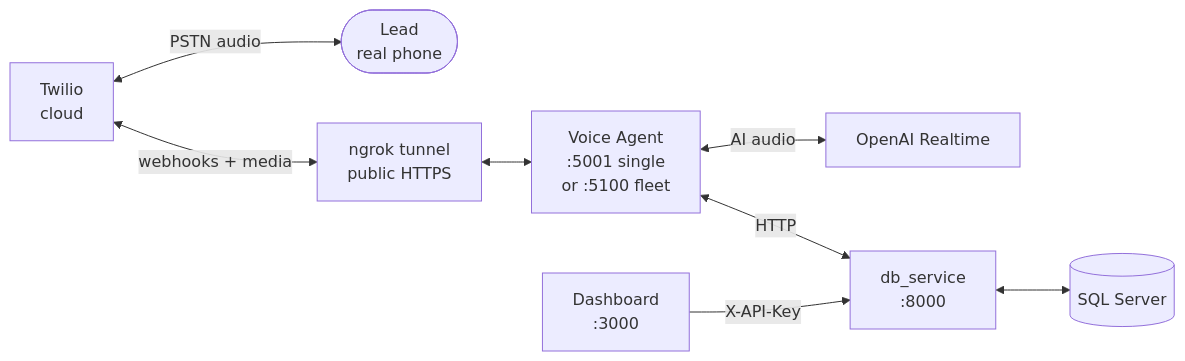
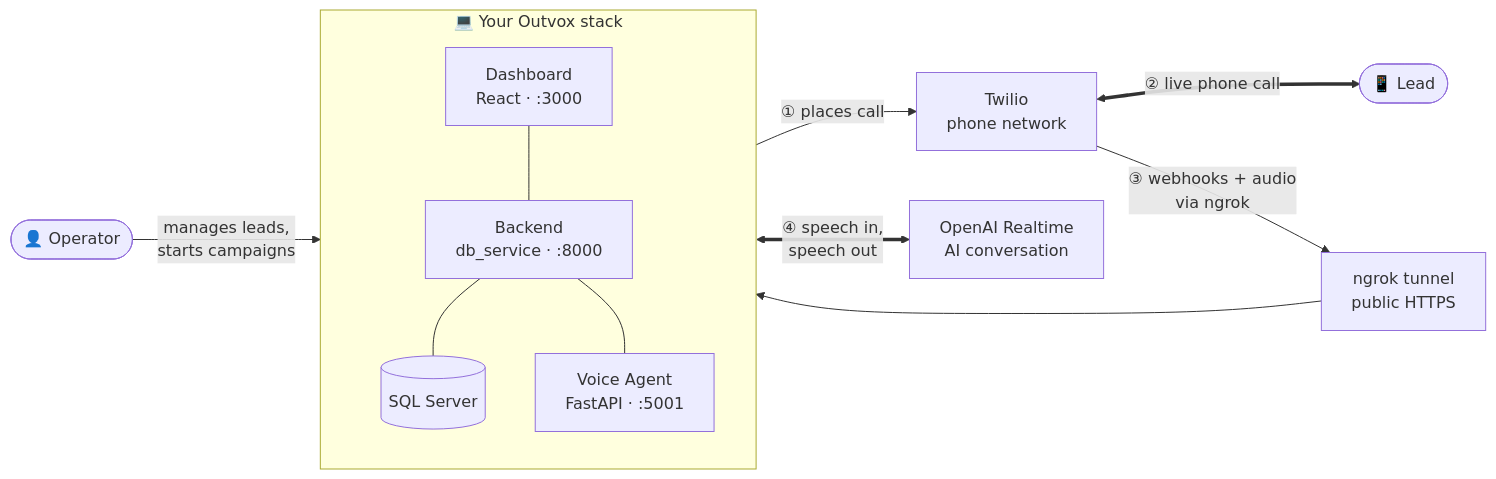
One commit to bittoby/Outvox changed the diagram in README.md. Above: the diagram before and after it, drawn with Mermaid. The commit also changed other lines of this file, not shown here.

````diff
--- a/README.md
+++ b/README.md
@@ -39,19 +76,27 @@
 ```mermaid
 flowchart LR
-    Lead([Lead<br/>real phone])
-    Twilio[Twilio<br/>cloud]
-    Ngrok[ngrok tunnel<br/>public HTTPS]
-    Agent[Voice Agent<br/>:5001 single<br/>or :5100 fleet]
-    OpenAI[OpenAI Realtime]
-    DB[db_service<br/>:8000]
-    SQL[(SQL Server)]
-    FE[Dashboard<br/>:3000]
+    Operator(["👤 Operator"])
+    Lead(["📱 Lead"])
 
-    Twilio <-->|PSTN audio| Lead
-    Twilio <-->|webhooks + media| Ngrok
-    Ngrok <--> Agent
-    Agent <-->|AI audio| OpenAI
-    Agent <-->|HTTP| DB
-    DB <--> SQL
-    FE -->|X-API-Key| DB
+    subgraph stack["💻 Your Outvox stack"]
+        direction TB
+        FE["Dashboard<br/>React · :3000"]
+        DB["Backend<br/>db_service · :8000"]
+        Agent["Voice Agent<br/>FastAPI · :5001"]
+        SQL[("SQL Server")]
+        FE --- DB
+        DB --- SQL
+        DB --- Agent
+    end
+
+    Twilio["Twilio<br/>phone network"]
+    OpenAI["OpenAI Realtime<br/>AI conversation"]
+    Ngrok["ngrok tunnel<br/>public HTTPS"]
+
+    Operator -->|manages leads,<br/>starts campaigns| FE
+    Agent -->|① places call| Twilio
+    Twilio <==>|② live phone call| Lead
+    Twilio -->|③ webhooks + audio<br/>via ngrok| Ngrok
+    Ngrok --> Agent
+    Agent <==>|④ speech in,<br/>speech out| OpenAI
 ```
````
